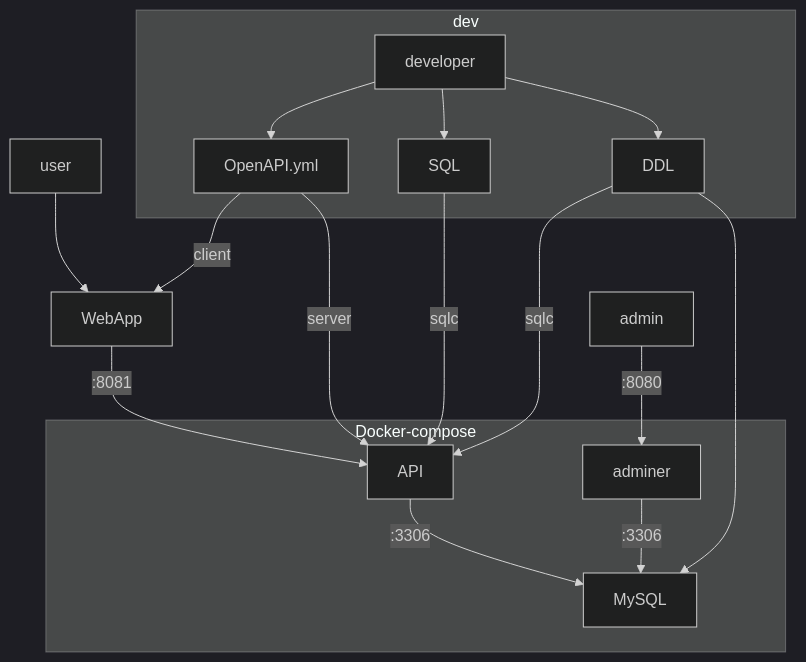
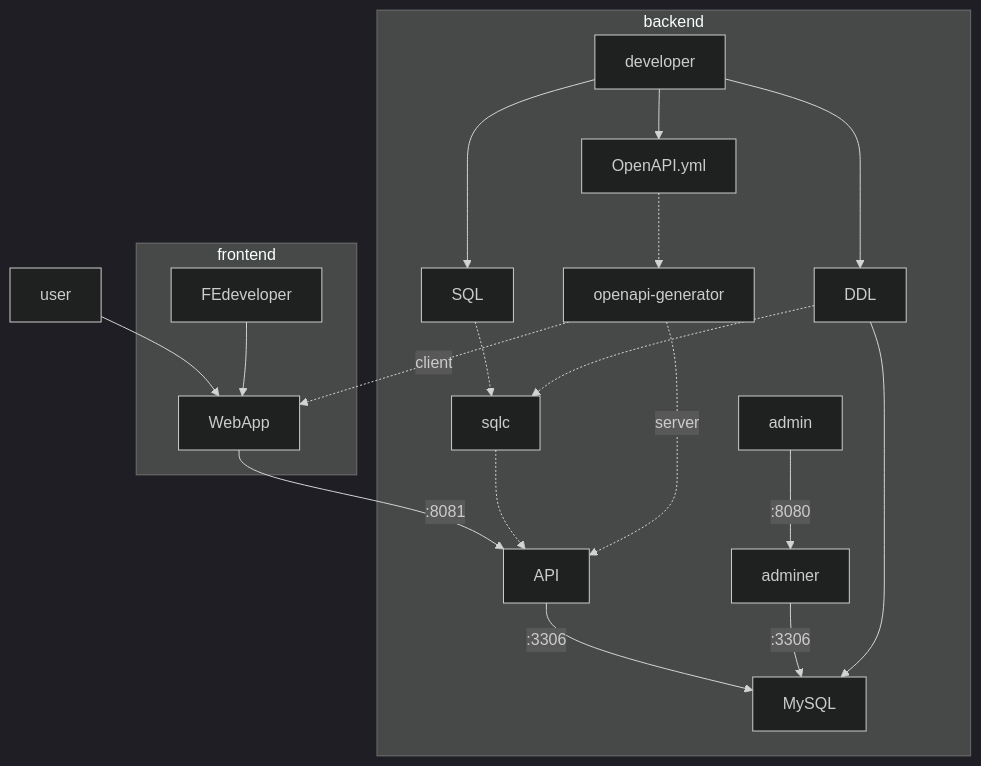
The diagram in README.md (umemak/eventsite_go), drawn with Mermaid (dark theme) before and after one commit.

````diff
--- a/README.md
+++ b/README.md
@@ -3,26 +3,29 @@
 ```mermaid
 graph TB
 
 user --> WebApp
 
-admin -- :8080 --> adminer
-
 WebApp -- :8081 --> API
 
-subgraph Docker-compose
+subgraph backend
+  developer --> DDL
+  developer --> SQL
+  developer --> OpenAPI.yml
+  OpenAPI.yml -.-> openapi-generator
+  SQL -.-> sqlc
+  DDL -.-> sqlc
+  sqlc -.-> API
+  admin -- :8080 --> adminer
   API -- :3306 --> MySQL
   adminer -- :3306 --> MySQL
 end
 
-subgraph dev
-  developer --> DDL
-  developer --> SQL
-  developer --> OpenAPI.yml
+subgraph frontend
+  FEdeveloper --> WebApp
 end
 
-OpenAPI.yml -- server --> API
-OpenAPI.yml -- client --> WebApp
-SQL -- sqlc --> API
-DDL -- sqlc --> API
+openapi-generator -. server .-> API
+openapi-generator -. client .-> WebApp
+
 DDL --> MySQL
 ```
````
